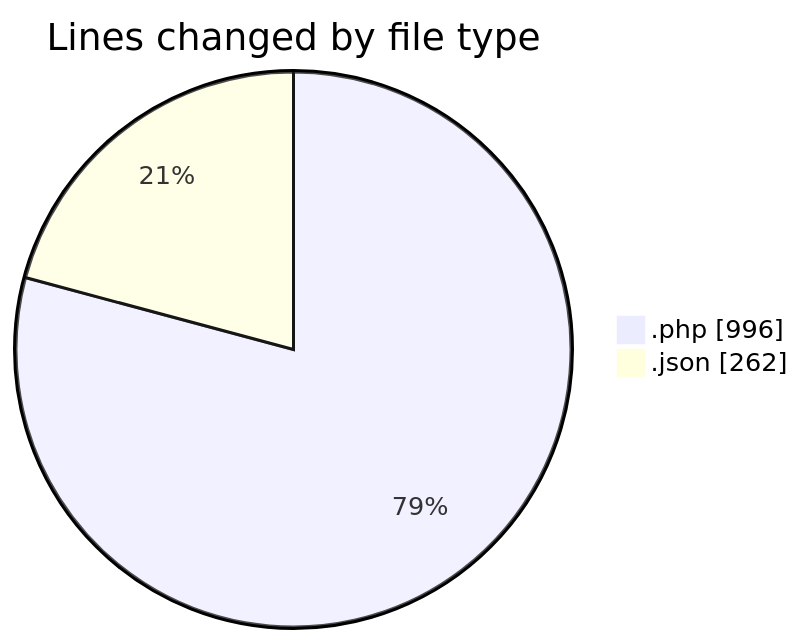
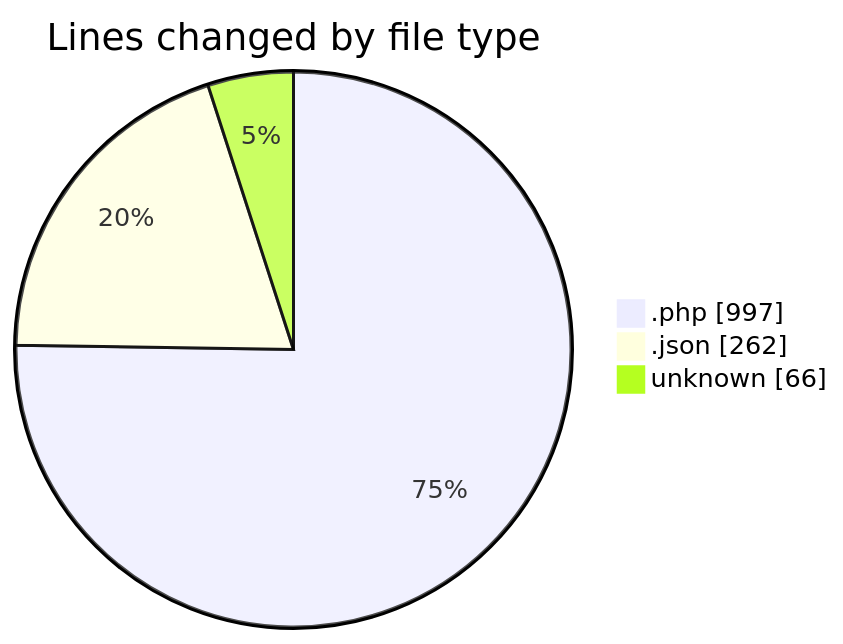
One commit to idhammustaqopulfikri/code-tracking changed the first of 2 diagrams in 2025-11-01/futsal_rekomendasi/README.md. Above: the diagram before and after it, drawn with Mermaid. The commit also changed other lines of this file and 1 other file, not shown here.

````diff
--- a/2025-11-01/futsal_rekomendasi/README.md
+++ b/2025-11-01/futsal_rekomendasi/README.md
@@ -35,6 +36,7 @@
 ```mermaid
 pie showData
 title Lines changed by file type
-".php" : 996
+".php" : 997
 ".json" : 262
+"unknown" : 66
 ```
````
